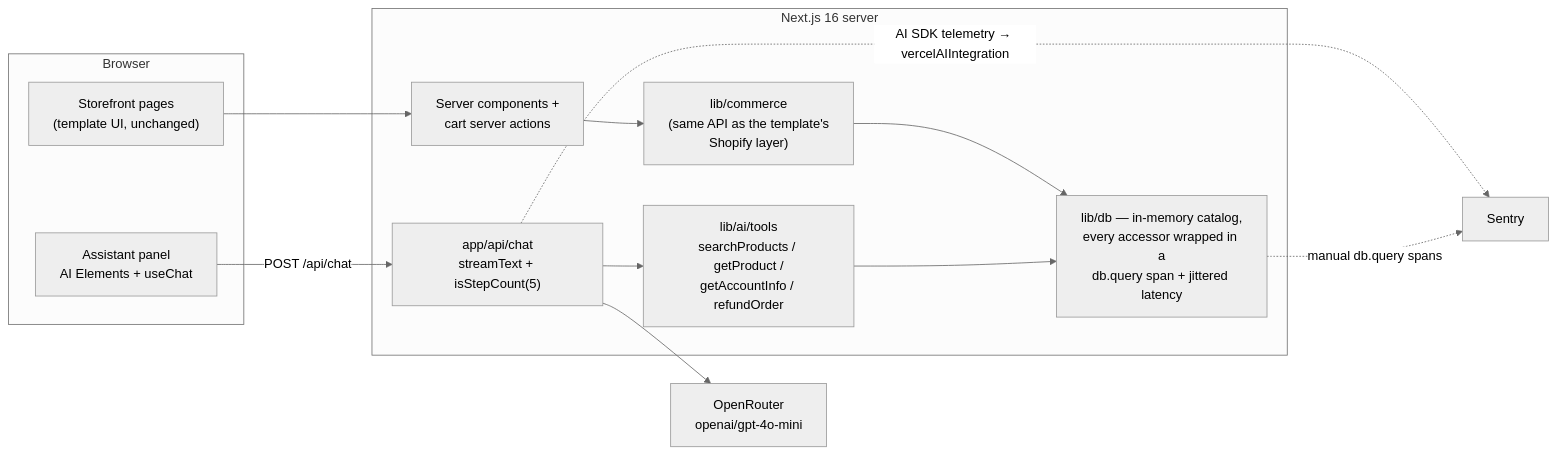
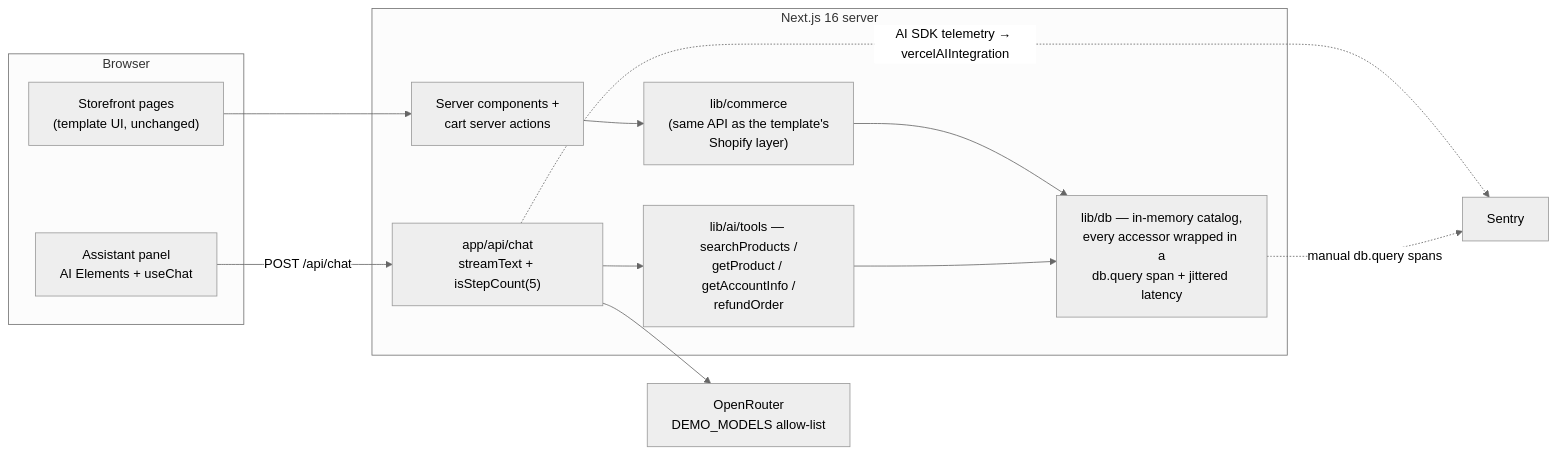
One commit to getsentry/sentry-agent-tracing-examples changed the second of 3 diagrams in ARCHITECTURE.md. Above: the diagram before and after it, drawn with Mermaid (neutral theme). The commit also changed other lines of this file and 141 other files, not shown here.

````diff
--- a/ARCHITECTURE.md
+++ b/ARCHITECTURE.md
@@ -258,23 +238,23 @@
 ```mermaid
 flowchart LR
     subgraph browser["Browser"]
         store["Storefront pages<br/>(template UI, unchanged)"]
         panel["Assistant panel<br/>AI Elements + useChat"]
     end
     subgraph next["Next.js 16 server"]
         pages["Server components +<br/>cart server actions"]
         commerce["lib/commerce<br/>(same API as the template's<br/>Shopify layer)"]
         route["app/api/chat<br/>streamText + isStepCount(5)"]
-        tools["lib/ai/tools<br/>searchProducts / getProduct /<br/>getAccountInfo / refundOrder"]
+        tools["lib/ai/tools — searchProducts /<br/>getProduct / getAccountInfo /<br/>refundOrder"]
         db["lib/db — in-memory catalog,<br/>every accessor wrapped in a<br/>db.query span + jittered latency"]
     end
-    or["OpenRouter<br/>openai/gpt-4o-mini"]
+    or["OpenRouter<br/>DEMO_MODELS allow-list"]
     sentry["Sentry"]
 
     store --> pages --> commerce --> db
     panel -- "POST /api/chat" --> route
     route --> or
     route --> tools --> db
     route -. "AI SDK telemetry → vercelAIIntegration" .-> sentry
     db -. "manual db.query spans" .-> sentry
 ```
````
